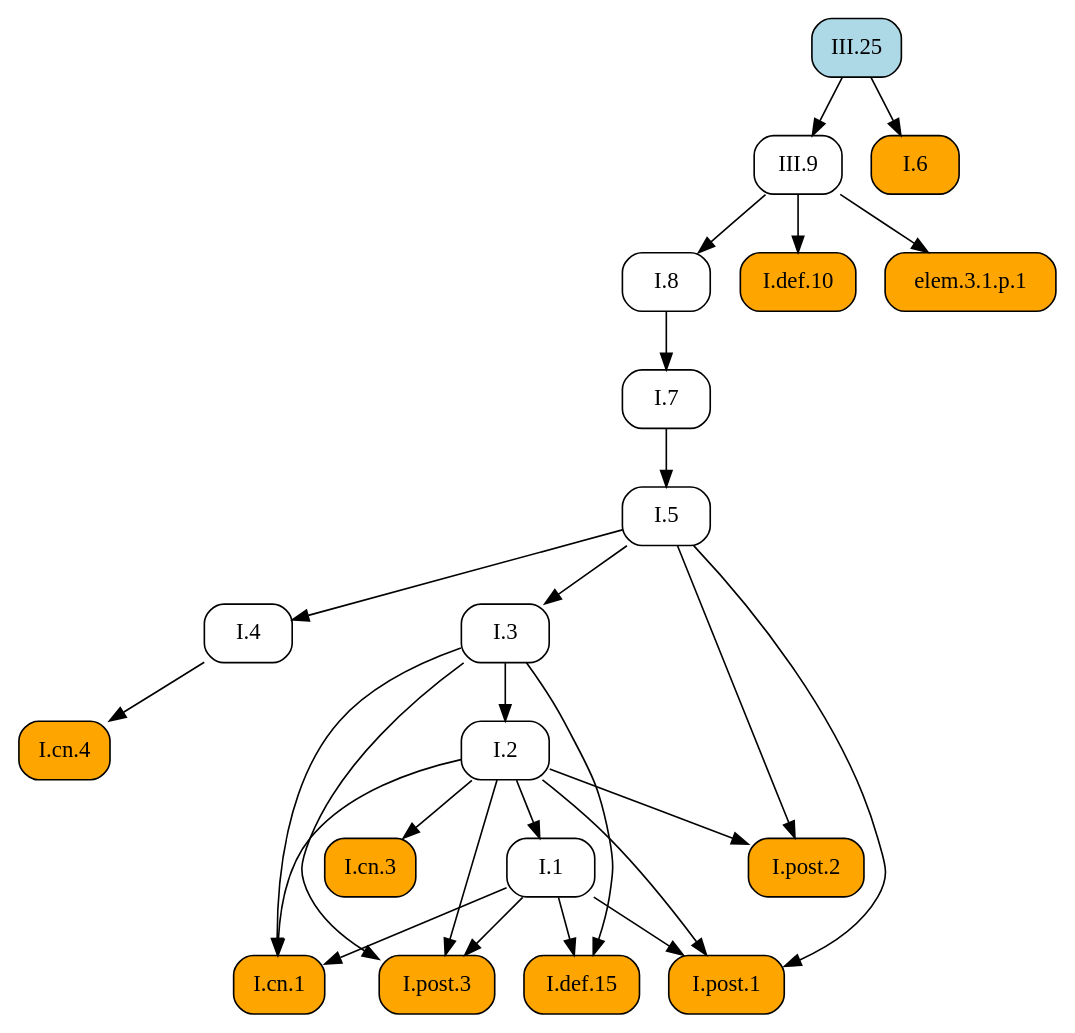
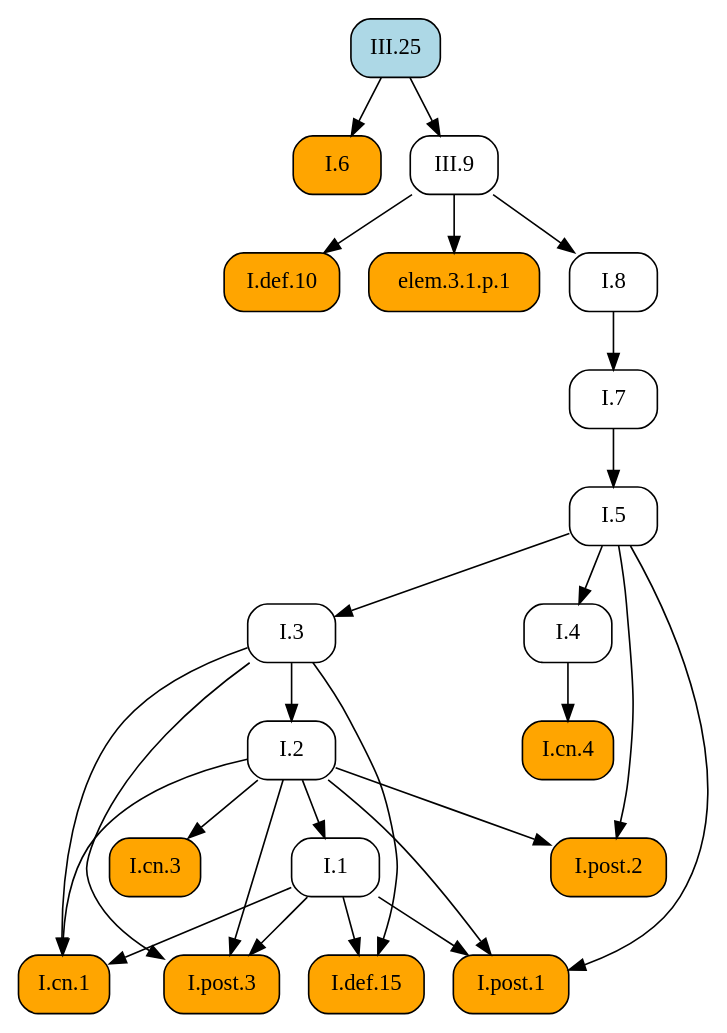
The diagram in docsrc/heath/III/25/index.rst (geometor/elements), drawn with Graphviz before and after one commit. The commit also changed other lines of this file and 1029 other files, not shown here.

```diff
--- a/docsrc/heath/III/25/index.rst
+++ b/docsrc/heath/III/25/index.rst
@@ -92,51 +92,51 @@
 .. graphviz::
 
    digraph {
      rankdir="TB";
      node [shape=box, style=rounded];
+     "I.def.10" [style="rounded,filled", fillcolor=orange, URL="/heath/I/def.10/", target="_top"];
+     "I.1" [URL="/heath/I/1/", target="_top"];
+     "I.7" [URL="/heath/I/7/", target="_top"];
+     "I.6" [style="rounded,filled", fillcolor=orange, URL="/heath/I/6/", target="_top"];
+     "I.3" [URL="/heath/I/3/", target="_top"];
+     "I.2" [URL="/heath/I/2/", target="_top"];
+     "I.4" [URL="/heath/I/4/", target="_top"];
+     "elem.3.1.p.1" [style="rounded,filled", fillcolor=orange];
+     "I.post.2" [style="rounded,filled", fillcolor=orange, URL="/heath/I/post.2/", target="_top"];
+     "III.9" [URL="/heath/III/9/", target="_top"];
+     "I.def.15" [style="rounded,filled", fillcolor=orange, URL="/heath/I/def.15/", target="_top"];
+     "III.25" [style="rounded,filled", fillcolor=lightblue, URL="/heath/III/25/", target="_top"];
+     "I.post.3" [style="rounded,filled", fillcolor=orange, URL="/heath/I/post.3/", target="_top"];
+     "I.cn.1" [style="rounded,filled", fillcolor=orange, URL="/heath/I/cn.1/", target="_top"];
      "I.cn.3" [style="rounded,filled", fillcolor=orange, URL="/heath/I/cn.3/", target="_top"];
+     "I.8" [URL="/heath/I/8/", target="_top"];
+     "I.cn.4" [style="rounded,filled", fillcolor=orange, URL="/heath/I/cn.4/", target="_top"];
+     "I.post.1" [style="rounded,filled", fillcolor=orange, URL="/heath/I/post.1/", target="_top"];
      "I.5" [URL="/heath/I/5/", target="_top"];
-     "III.9" [URL="/heath/III/9/", target="_top"];
-     "I.7" [URL="/heath/I/7/", target="_top"];
-     "I.4" [URL="/heath/I/4/", target="_top"];
-     "I.3" [URL="/heath/I/3/", target="_top"];
-     "III.25" [style="rounded,filled", fillcolor=lightblue, URL="/heath/III/25/", target="_top"];
-     "I.8" [URL="/heath/I/8/", target="_top"];
-     "I.def.10" [style="rounded,filled", fillcolor=orange, URL="/heath/I/def.10/", target="_top"];
-     "I.post.2" [style="rounded,filled", fillcolor=orange, URL="/heath/I/post.2/", target="_top"];
-     "I.2" [URL="/heath/I/2/", target="_top"];
-     "I.def.15" [style="rounded,filled", fillcolor=orange, URL="/heath/I/def.15/", target="_top"];
-     "I.1" [URL="/heath/I/1/", target="_top"];
-     "I.post.3" [style="rounded,filled", fillcolor=orange, URL="/heath/I/post.3/", target="_top"];
-     "I.post.1" [style="rounded,filled", fillcolor=orange, URL="/heath/I/post.1/", target="_top"];
-     "I.cn.4" [style="rounded,filled", fillcolor=orange, URL="/heath/I/cn.4/", target="_top"];
-     "elem.3.1.p.1" [style="rounded,filled", fillcolor=orange];
-     "I.cn.1" [style="rounded,filled", fillcolor=orange, URL="/heath/I/cn.1/", target="_top"];
-     "I.6" [style="rounded,filled", fillcolor=orange, URL="/heath/I/6/", target="_top"];
-     "I.2" -> "I.cn.3";
-     "I.7" -> "I.5";
-     "III.25" -> "III.9";
+     "III.9" -> "I.def.10";
+     "I.2" -> "I.1";
      "I.8" -> "I.7";
+     "III.25" -> "I.6";
+     "I.5" -> "I.3";
+     "I.3" -> "I.2";
      "I.5" -> "I.4";
-     "I.5" -> "I.3";
-     "III.9" -> "I.8";
-     "III.9" -> "I.def.10";
+     "III.9" -> "elem.3.1.p.1";
      "I.2" -> "I.post.2";
      "I.5" -> "I.post.2";
-     "I.3" -> "I.2";
+     "III.25" -> "III.9";
      "I.1" -> "I.def.15";
      "I.3" -> "I.def.15";
-     "I.2" -> "I.1";
      "I.1" -> "I.post.3";
      "I.2" -> "I.post.3";
      "I.3" -> "I.post.3";
+     "I.1" -> "I.cn.1";
+     "I.2" -> "I.cn.1";
+     "I.3" -> "I.cn.1";
+     "I.2" -> "I.cn.3";
+     "III.9" -> "I.8";
+     "I.4" -> "I.cn.4";
      "I.1" -> "I.post.1";
      "I.2" -> "I.post.1";
      "I.5" -> "I.post.1";
-     "I.4" -> "I.cn.4";
-     "III.9" -> "elem.3.1.p.1";
-     "I.1" -> "I.cn.1";
-     "I.2" -> "I.cn.1";
-     "I.3" -> "I.cn.1";
-     "III.25" -> "I.6";
+     "I.7" -> "I.5";
    }
```
